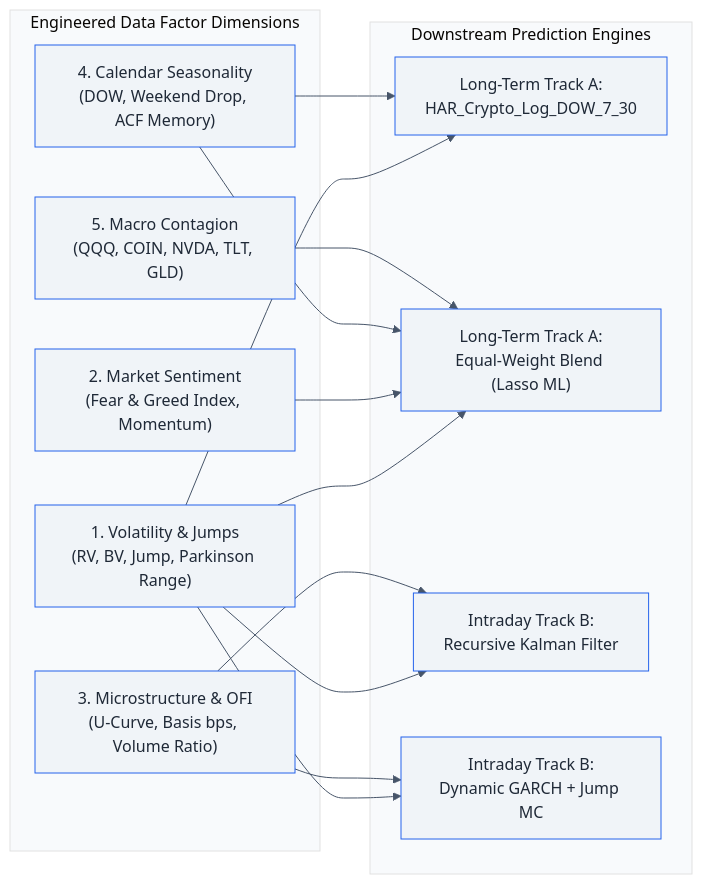
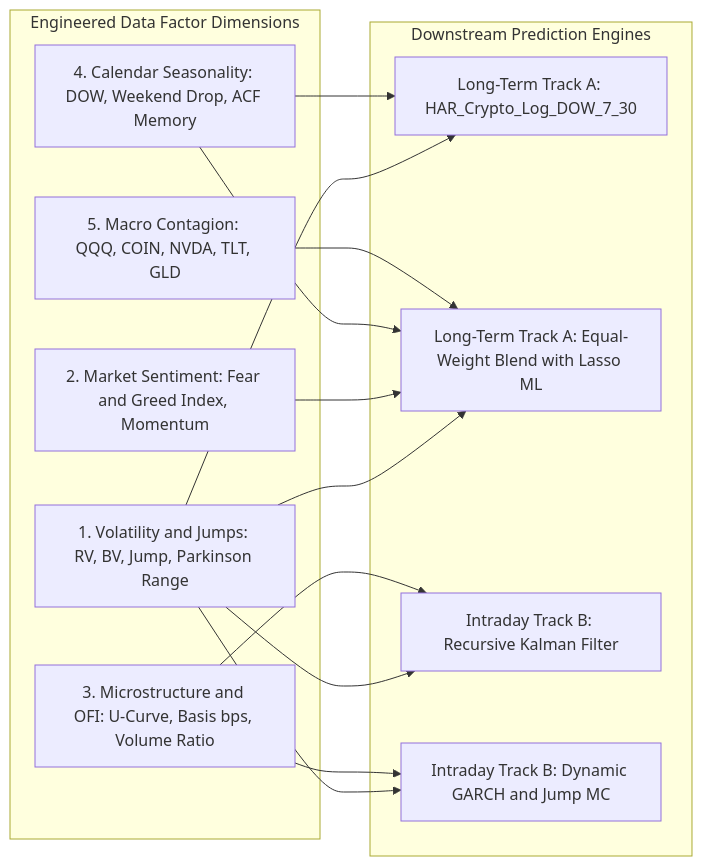
One commit to Dilipsahu01/hyperliquid_sentiment_analysis changed the diagram in docs/04_data_factors_analysis.md. Above: the diagram before and after it, drawn with Mermaid. The commit also changed 4 other files, not shown here.

Commit message:
fix(docs): standardize Mermaid diagrams for universal GitHub rendering

````diff
--- a/docs/04_data_factors_analysis.md
+++ b/docs/04_data_factors_analysis.md
@@ -12,18 +12,27 @@
 ```mermaid
-%%{init: {'theme': 'base', 'themeVariables': { 'background': '#ffffff', 'primaryColor': '#f0f4f8', 'primaryTextColor': '#1f2937', 'primaryBorderColor': '#2563eb', 'lineColor': '#475569', 'secondaryColor': '#e2e8f0', 'tertiaryColor': '#f8fafc'}}}%%
 flowchart LR
     subgraph Factors["Engineered Data Factor Dimensions"]
-        F1["1. Volatility & Jumps<br/>(RV, BV, Jump, Parkinson Range)"]
-        F2["2. Market Sentiment<br/>(Fear & Greed Index, Momentum)"]
-        F3["3. Microstructure & OFI<br/>(U-Curve, Basis bps, Volume Ratio)"]
-        F4["4. Calendar Seasonality<br/>(DOW, Weekend Drop, ACF Memory)"]
-        F5["5. Macro Contagion<br/>(QQQ, COIN, NVDA, TLT, GLD)"]
+        F1["1. Volatility and Jumps: RV, BV, Jump, Parkinson Range"]
+        F2["2. Market Sentiment: Fear and Greed Index, Momentum"]
+        F3["3. Microstructure and OFI: U-Curve, Basis bps, Volume Ratio"]
+        F4["4. Calendar Seasonality: DOW, Weekend Drop, ACF Memory"]
+        F5["5. Macro Contagion: QQQ, COIN, NVDA, TLT, GLD"]
     end
 
     subgraph Targets["Downstream Prediction Engines"]
-        F1 & F4 --> L1["Long-Term Track A:<br/>HAR_Crypto_Log_DOW_7_30"]
-        F1 & F2 & F4 & F5 --> L2["Long-Term Track A:<br/>Equal-Weight Blend (Lasso ML)"]
-        F1 & F3 --> I1["Intraday Track B:<br/>Recursive Kalman Filter"]
-        F1 & F3 --> I2["Intraday Track B:<br/>Dynamic GARCH + Jump MC"]
+        L1["Long-Term Track A: HAR_Crypto_Log_DOW_7_30"]
+        L2["Long-Term Track A: Equal-Weight Blend with Lasso ML"]
+        I1["Intraday Track B: Recursive Kalman Filter"]
+        I2["Intraday Track B: Dynamic GARCH and Jump MC"]
+        F1 --> L1
+        F4 --> L1
+        F1 --> L2
+        F2 --> L2
+        F4 --> L2
+        F5 --> L2
+        F1 --> I1
+        F3 --> I1
+        F1 --> I2
+        F3 --> I2
     end
 ```
````
